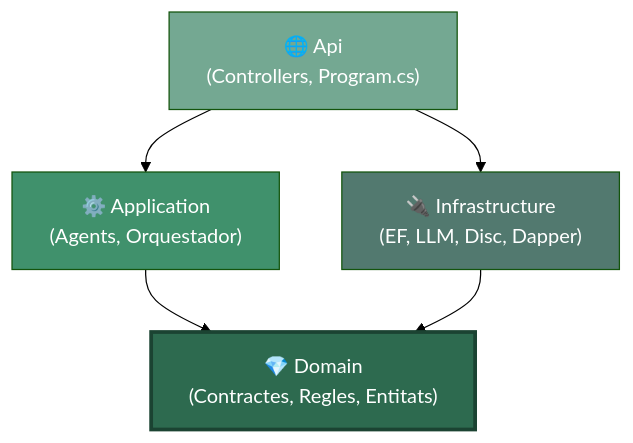
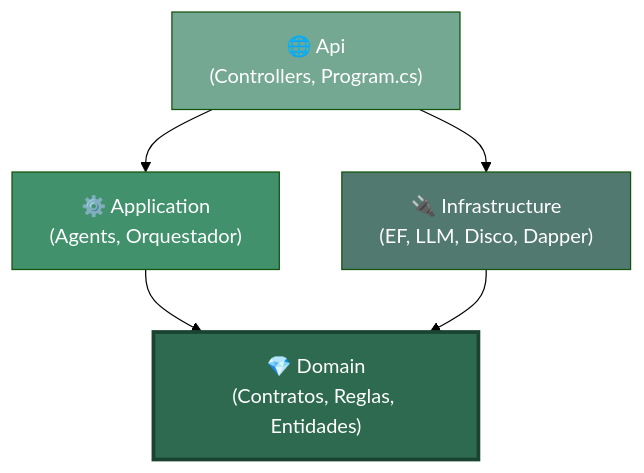
The first of 3 diagrams in docs/arquitectura.md (eric270992/Backend_ClasificadorExtractorDocumentos), drawn with Mermaid (forest theme) before and after one commit. The commit also changed other lines of this file and 3 other files, not shown here.

````diff
--- a/docs/arquitectura.md
+++ b/docs/arquitectura.md
@@ -98,17 +98,17 @@
 ```mermaid
 graph TD
     Api["🌐 Api<br/>(Controllers, Program.cs)"]
     App["⚙️ Application<br/>(Agents, Orquestador)"]
-    Dom["💎 Domain<br/>(Contractes, Regles, Entitats)"]
-    Inf["🔌 Infrastructure<br/>(EF, LLM, Disc, Dapper)"]
+    Dom["💎 Domain<br/>(Contratos, Reglas, Entidades)"]
+    Inf["🔌 Infrastructure<br/>(EF, LLM, Disco, Dapper)"]
 
     Api --> App
     Api --> Inf
     App --> Dom
     Inf --> Dom
 
     style Dom fill:#2d6a4f,color:#fff,stroke:#1b4332,stroke-width:3px
     style App fill:#40916c,color:#fff
     style Inf fill:#52796f,color:#fff
     style Api fill:#74a892,color:#fff
 ```
````
